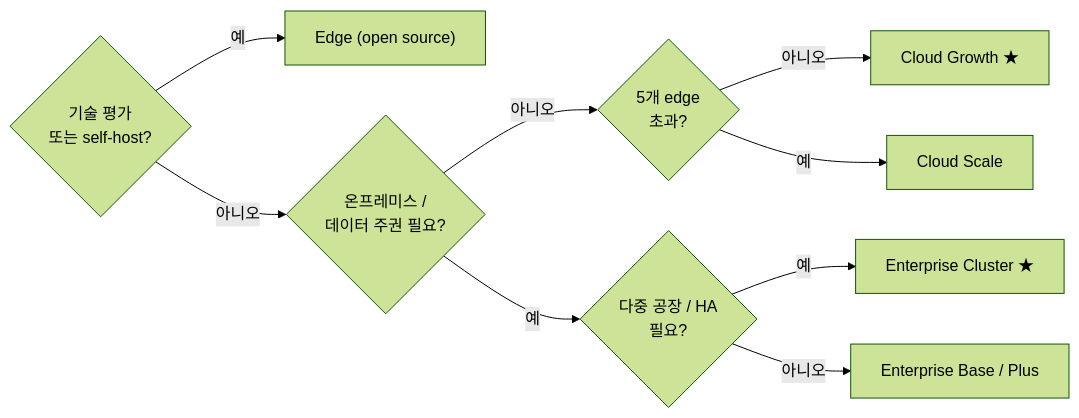
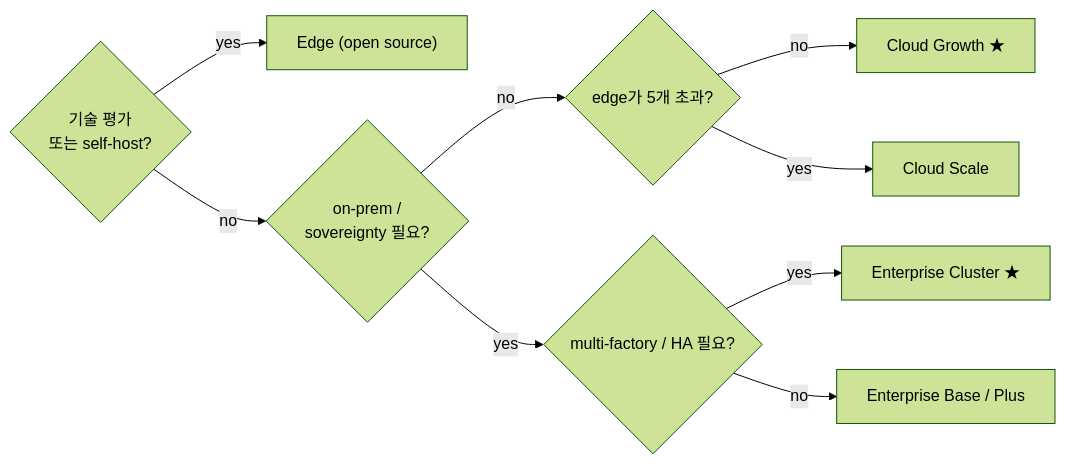
One commit to FREEZONEX/Tier0-docs-site changed the diagram in src/content/docs/ko/get-started/choosing-version.mdx. Above: the diagram before and after it, drawn with Mermaid (forest theme). The commit also changed other lines of this file and 93 other files, not shown here.

````diff
--- a/src/content/docs/ko/get-started/choosing-version.mdx
+++ b/src/content/docs/ko/get-started/choosing-version.mdx
@@ -135,12 +134,12 @@
 ```mermaid
 flowchart LR
-  q1{"기술 평가<br/>또는 self-host?"} -- "예" --> edge["Edge (open source)"]
-  q1 -- "아니오" --> q2{"온프레미스 /<br/>데이터 주권 필요?"}
-  q2 -- "아니오" --> q3{"5개 edge<br/>초과?"}
-  q2 -- "예" --> q4{"다중 공장 / HA<br/>필요?"}
-  q3 -- "아니오" --> growth["Cloud Growth ★"]
-  q3 -- "예" --> scale["Cloud Scale"]
-  q4 -- "예" --> cluster["Enterprise Cluster ★"]
-  q4 -- "아니오" --> baseplus["Enterprise Base / Plus"]
+  q1{"기술 평가<br/>또는 self-host?"} -- "yes" --> edge["Edge (open source)"]
+  q1 -- "no" --> q2{"on-prem /<br/>sovereignty 필요?"}
+  q2 -- "no" --> q3{"edge가 5개 초과?"}
+  q2 -- "yes" --> q4{"multi-factory / HA 필요?"}
+  q3 -- "no" --> growth["Cloud Growth ★"]
+  q3 -- "yes" --> scale["Cloud Scale"]
+  q4 -- "yes" --> cluster["Enterprise Cluster ★"]
+  q4 -- "no" --> baseplus["Enterprise Base / Plus"]
   class growth,cluster t0accent
 ```
````
